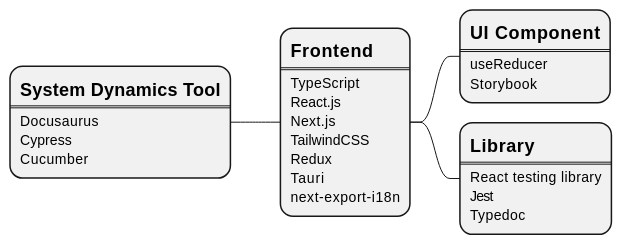
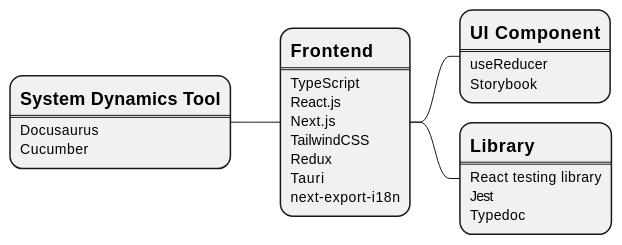
One commit to cidhuang/system-dynamics-tool changed the diagram in docusaurus/docs/intro.md. Above: the diagram before and after it, drawn with PlantUML. The commit also changed 12 other files, not shown here.

```diff
--- a/docusaurus/docs/intro.md
+++ b/docusaurus/docs/intro.md
@@ -11,7 +11,6 @@
 *:= System Dynamics Tool
 ====
 Docusaurus
-Cypress
 Cucumber;
 
 **:= Frontend
```
